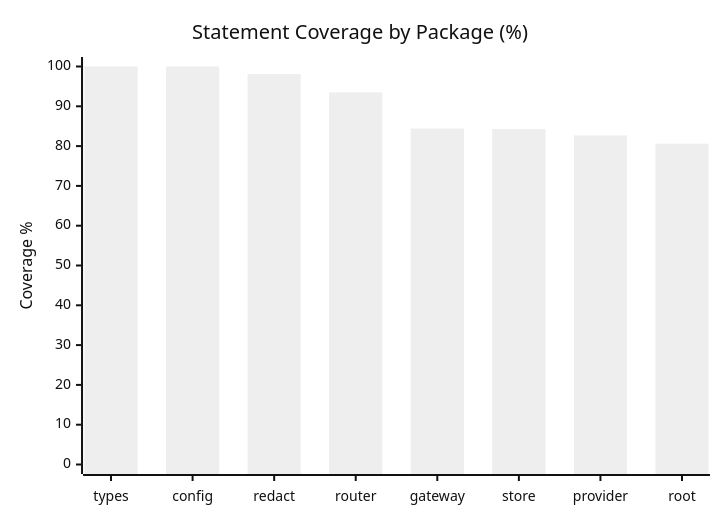
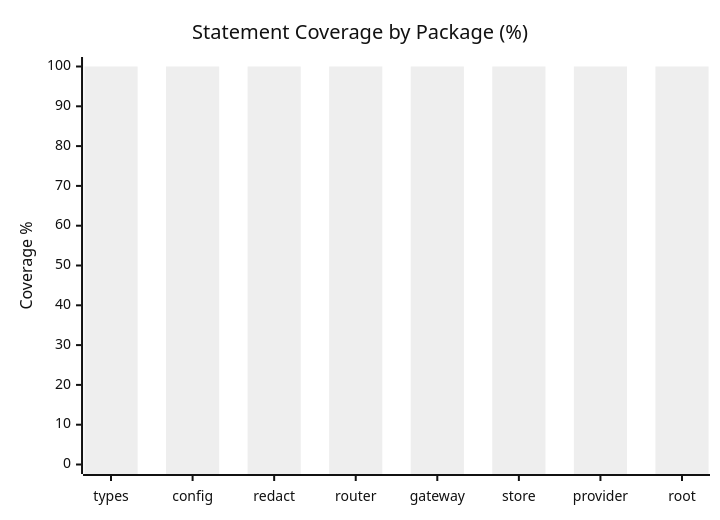
Before and after one commit to thomascherickal/go-ai-gateway: the first of 2 diagrams in metrics.md, drawn with Mermaid (neutral theme). The commit also changed other lines of this file and 19 other files, not shown here.

````diff
--- a/metrics.md
+++ b/metrics.md
@@ -5,7 +5,7 @@
 ```mermaid
 xychart-beta
   title "Statement Coverage by Package (%)"
   x-axis ["types", "config", "redact", "router", "gateway", "store", "provider", "root"]
   y-axis "Coverage %" 0 --> 100
-  bar [100.0, 100.0, 98.1, 93.5, 84.4, 84.3, 82.7, 80.6]
+  bar [100.0, 100.0, 100.0, 100.0, 100.0, 100.0, 100.0, 100.0]
 ```
````
